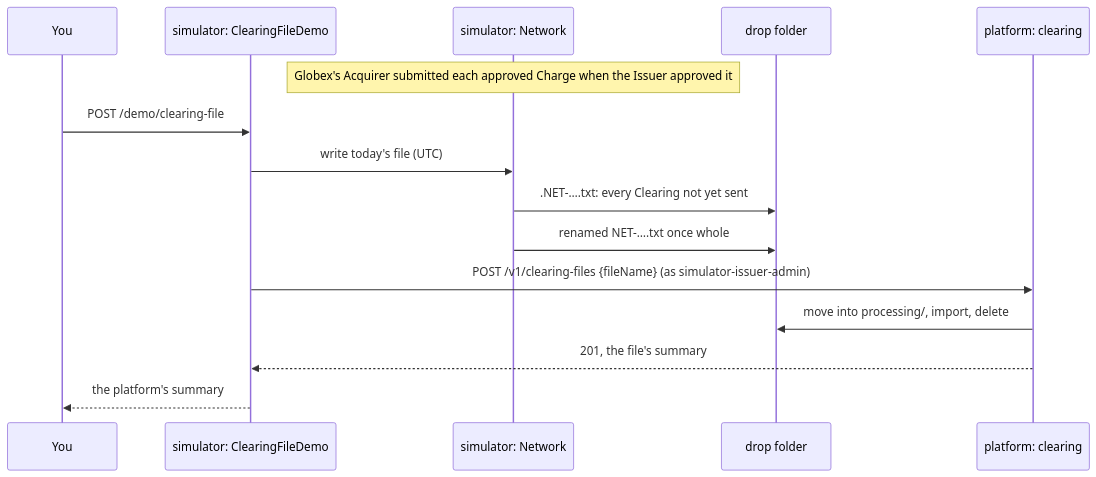
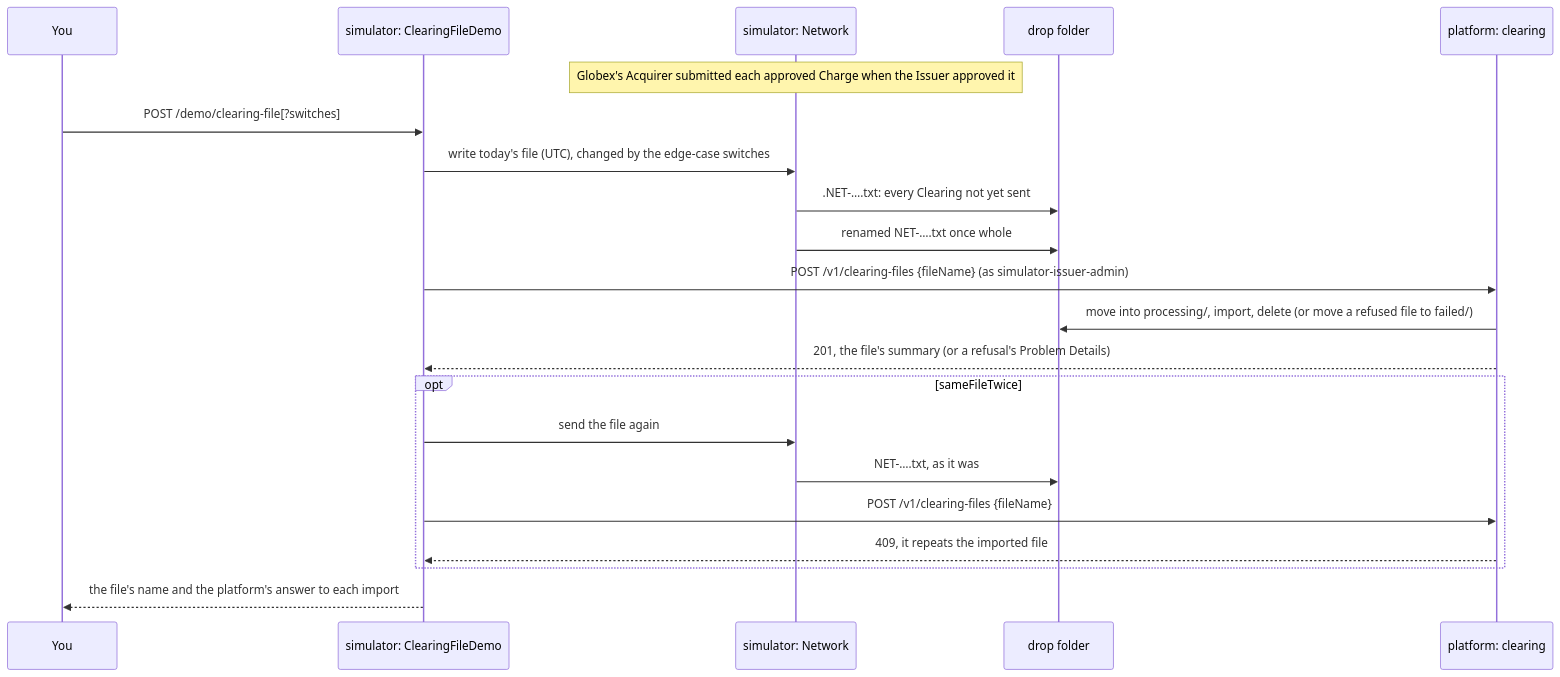
One commit to rgonzal92/b2b-payments-platform changed the tenth of 10 diagrams in docs/architecture.md. Above: the diagram before and after it, drawn with Mermaid. The commit also changed other lines of this file and 7 other files, not shown here.

First line of the commit message:
docs: close M3 and describe the demo's Clearing edge cases

````diff
--- a/docs/architecture.md
+++ b/docs/architecture.md
@@ -416,18 +415,24 @@
 ```mermaid
 sequenceDiagram
   participant You
   participant DEMO as simulator: ClearingFileDemo
   participant NET as simulator: Network
   participant DROP as drop folder
   participant PLT as platform: clearing
 
   Note over NET: Globex's Acquirer submitted each approved Charge when the Issuer approved it
-  You->>DEMO: POST /demo/clearing-file
-  DEMO->>NET: write today's file (UTC)
+  You->>DEMO: POST /demo/clearing-file[?switches]
+  DEMO->>NET: write today's file (UTC), changed by the edge-case switches
   NET->>DROP: .NET-….txt: every Clearing not yet sent
   NET->>DROP: renamed NET-….txt once whole
   DEMO->>PLT: POST /v1/clearing-files {fileName} (as simulator-issuer-admin)
-  PLT->>DROP: move into processing/, import, delete
-  PLT-->>DEMO: 201, the file's summary
-  DEMO-->>You: the platform's summary
+  PLT->>DROP: move into processing/, import, delete (or move a refused file to failed/)
+  PLT-->>DEMO: 201, the file's summary (or a refusal's Problem Details)
+  opt sameFileTwice
+    DEMO->>NET: send the file again
+    NET->>DROP: NET-….txt, as it was
+    DEMO->>PLT: POST /v1/clearing-files {fileName}
+    PLT-->>DEMO: 409, it repeats the imported file
+  end
+  DEMO-->>You: the file's name and the platform's answer to each import
 ```
````
